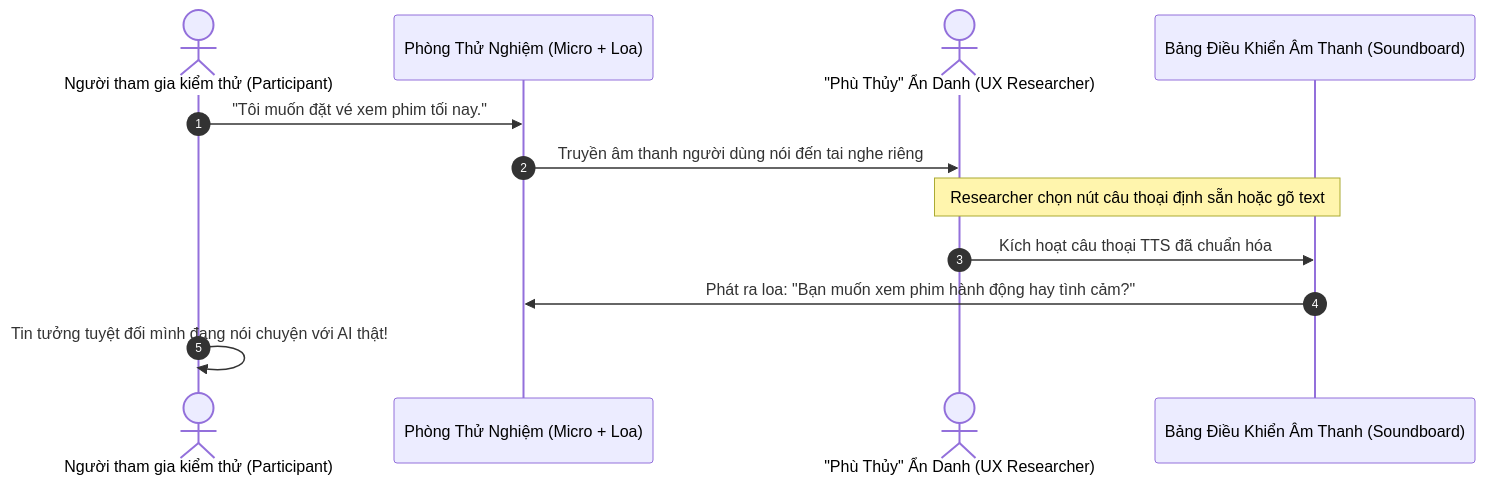
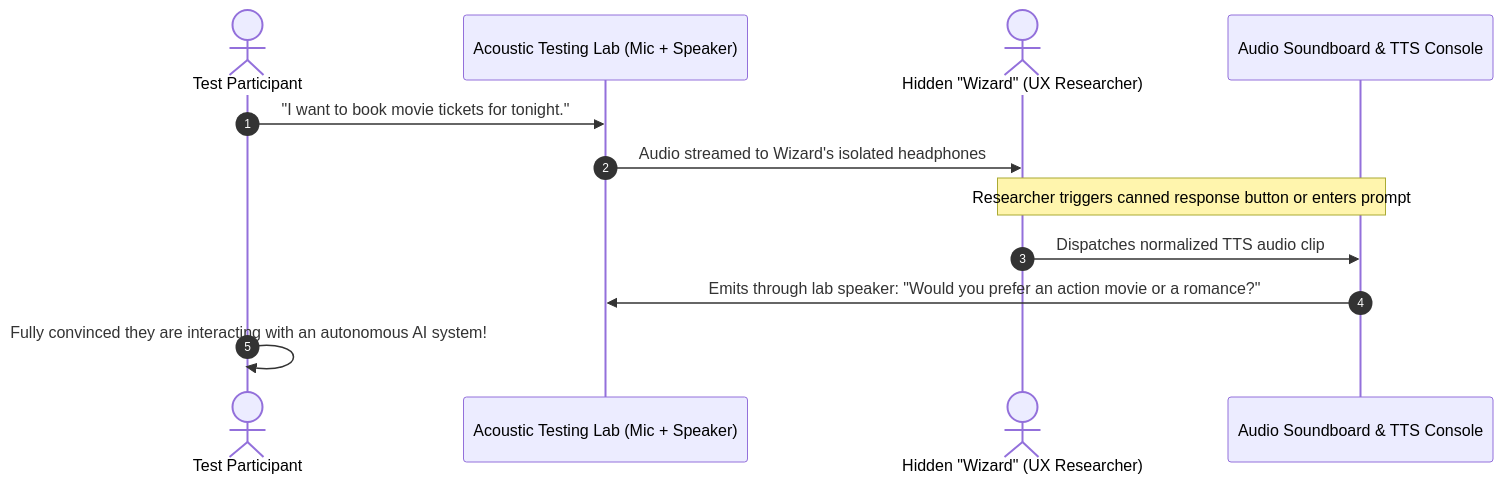
Before and after one commit to jangtrinh/design-os-voice-ux: the first of 2 diagrams in 06-checklists-and-heuristics/usability-testing-protocol.md, drawn with Mermaid. The commit also changed other lines of this file and 41 other files, not shown here.

````diff
--- a/06-checklists-and-heuristics/usability-testing-protocol.md
+++ b/06-checklists-and-heuristics/usability-testing-protocol.md
@@ -9,15 +9,15 @@
 ```mermaid
 sequenceDiagram
     autonumber
-    actor User as Người tham gia kiểm thử (Participant)
-    participant Room as Phòng Thử Nghiệm (Micro + Loa)
-    actor Wizard as "Phù Thủy" Ẩn Danh (UX Researcher)
-    participant Console as Bảng Điều Khiển Âm Thanh (Soundboard)
+    actor User as Test Participant
+    participant Room as Acoustic Testing Lab (Mic + Speaker)
+    actor Wizard as Hidden "Wizard" (UX Researcher)
+    participant Console as Audio Soundboard & TTS Console
 
-    User->>Room: "Tôi muốn đặt vé xem phim tối nay."
-    Room->>Wizard: Truyền âm thanh người dùng nói đến tai nghe riêng
-    Note over Wizard, Console: Researcher chọn nút câu thoại định sẵn hoặc gõ text
-    Wizard->>Console: Kích hoạt câu thoại TTS đã chuẩn hóa
-    Console->>Room: Phát ra loa: "Bạn muốn xem phim hành động hay tình cảm?"
-    User->>User: Tin tưởng tuyệt đối mình đang nói chuyện với AI thật!
+    User->>Room: "I want to book movie tickets for tonight."
+    Room->>Wizard: Audio streamed to Wizard's isolated headphones
+    Note over Wizard, Console: Researcher triggers canned response button or enters prompt
+    Wizard->>Console: Dispatches normalized TTS audio clip
+    Console->>Room: Emits through lab speaker: "Would you prefer an action movie or a romance?"
+    User->>User: Fully convinced they are interacting with an autonomous AI system!
 ```
````
